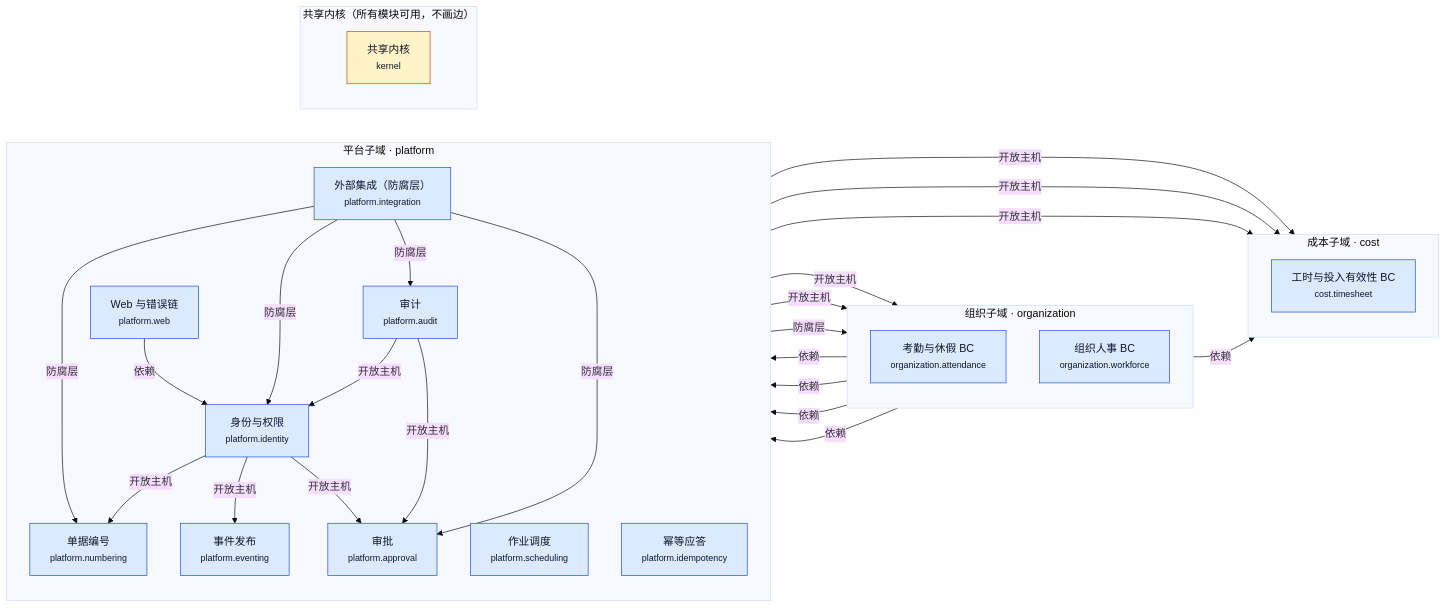
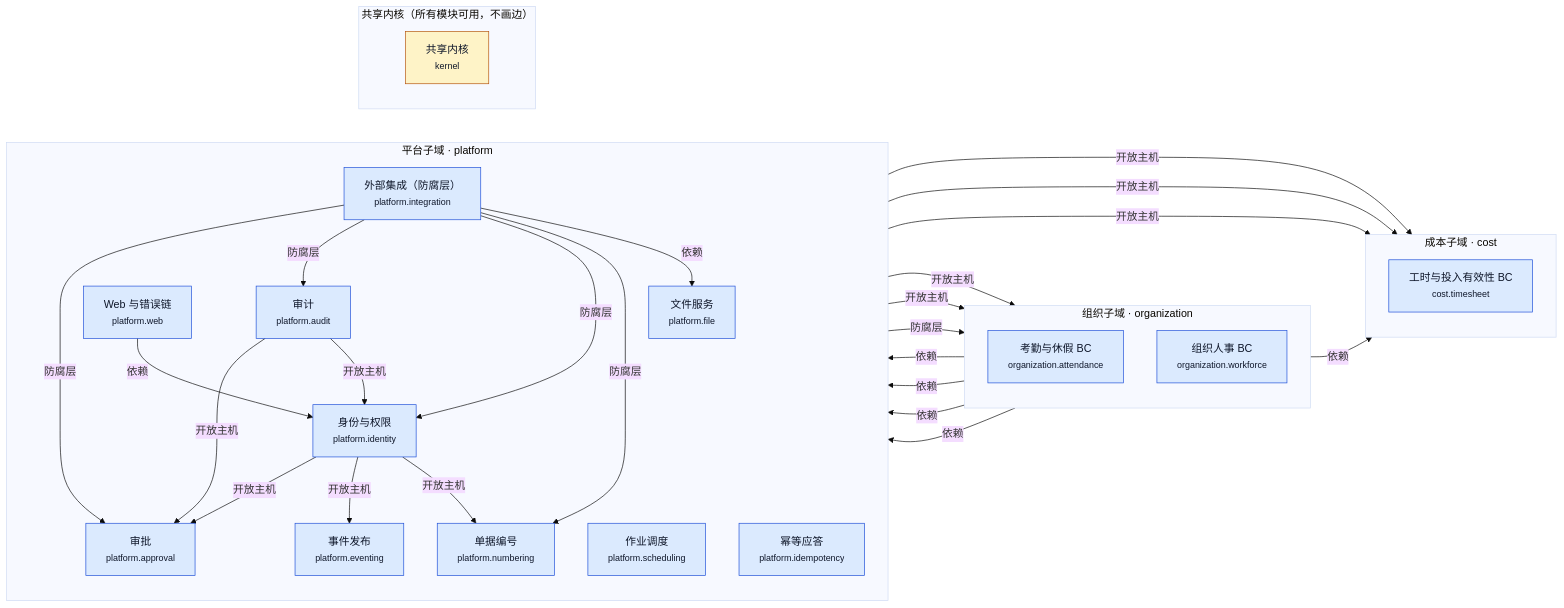
One commit to YeliangDu/forcitis-one-psa-codex-lab changed the diagram in docs/modernization/architecture/generated/1b-context-map.mmd. Above: the diagram before and after it, drawn with Mermaid (base theme). The commit also changed 36 other files, not shown here.

```diff
--- a/docs/modernization/architecture/generated/1b-context-map.mmd
+++ b/docs/modernization/architecture/generated/1b-context-map.mmd
@@ -1,53 +1,55 @@
 %% 生成文件，勿手改：python3 architecture/build_architecture.py（源：ddd/*.yaml）
 flowchart LR
   classDef built fill:#dbeafe,stroke:#1d4ed8,color:#0f172a
   classDef planned fill:#f8fafc,stroke:#94a3b8,stroke-dasharray:4 3,color:#475569
   classDef kernel fill:#fef3c7,stroke:#b45309,color:#0f172a
   subgraph SD_cost["成本子域 · cost"]
     direction TB
     cost_timesheet["工时与投入有效性 BC<br/><small>cost.timesheet</small>"]
   end
   subgraph SD_organization["组织子域 · organization"]
     direction TB
     organization_attendance["考勤与休假 BC<br/><small>organization.attendance</small>"]
     organization_workforce["组织人事 BC<br/><small>organization.workforce</small>"]
   end
   subgraph SD_platform["平台子域 · platform"]
     direction TB
     platform_approval["审批<br/><small>platform.approval</small>"]
     platform_audit["审计<br/><small>platform.audit</small>"]
     platform_identity["身份与权限<br/><small>platform.identity</small>"]
     platform_integration["外部集成（防腐层）<br/><small>platform.integration</small>"]
     platform_numbering["单据编号<br/><small>platform.numbering</small>"]
     platform_scheduling["作业调度<br/><small>platform.scheduling</small>"]
     platform_idempotency["幂等应答<br/><small>platform.idempotency</small>"]
     platform_eventing["事件发布<br/><small>platform.eventing</small>"]
     platform_web["Web 与错误链<br/><small>platform.web</small>"]
+    platform_file["文件服务<br/><small>platform.file</small>"]
   end
   subgraph SD_kernel["共享内核（所有模块可用，不画边）"]
     direction TB
     kernel["共享内核<br/><small>kernel</small>"]
   end
   organization_workforce -->|依赖| cost_timesheet
   platform_approval -->|开放主机| cost_timesheet
   platform_identity -->|开放主机| cost_timesheet
   platform_numbering -->|开放主机| cost_timesheet
   platform_audit -->|开放主机| organization_attendance
   platform_audit -->|开放主机| organization_workforce
   platform_integration -->|防腐层| organization_workforce
   platform_identity -->|开放主机| platform_approval
   organization_workforce -->|依赖| platform_approval
   platform_integration -->|防腐层| platform_approval
   platform_audit -->|开放主机| platform_approval
   organization_attendance -->|依赖| platform_approval
   platform_integration -->|防腐层| platform_audit
   platform_identity -->|开放主机| platform_eventing
   organization_workforce -->|依赖| platform_identity
   platform_integration -->|防腐层| platform_identity
   platform_audit -->|开放主机| platform_identity
   platform_identity -->|开放主机| platform_numbering
   organization_workforce -->|依赖| platform_numbering
   platform_integration -->|防腐层| platform_numbering
   platform_web -->|依赖| platform_identity
-  class cost_timesheet,organization_attendance,organization_workforce,platform_approval,platform_audit,platform_identity,platform_integration,platform_numbering,platform_scheduling,platform_idempotency,platform_eventing,platform_web built
+  platform_integration -->|依赖| platform_file
+  class cost_timesheet,organization_attendance,organization_workforce,platform_approval,platform_audit,platform_identity,platform_integration,platform_numbering,platform_scheduling,platform_idempotency,platform_eventing,platform_web,platform_file built
   class kernel kernel
```
